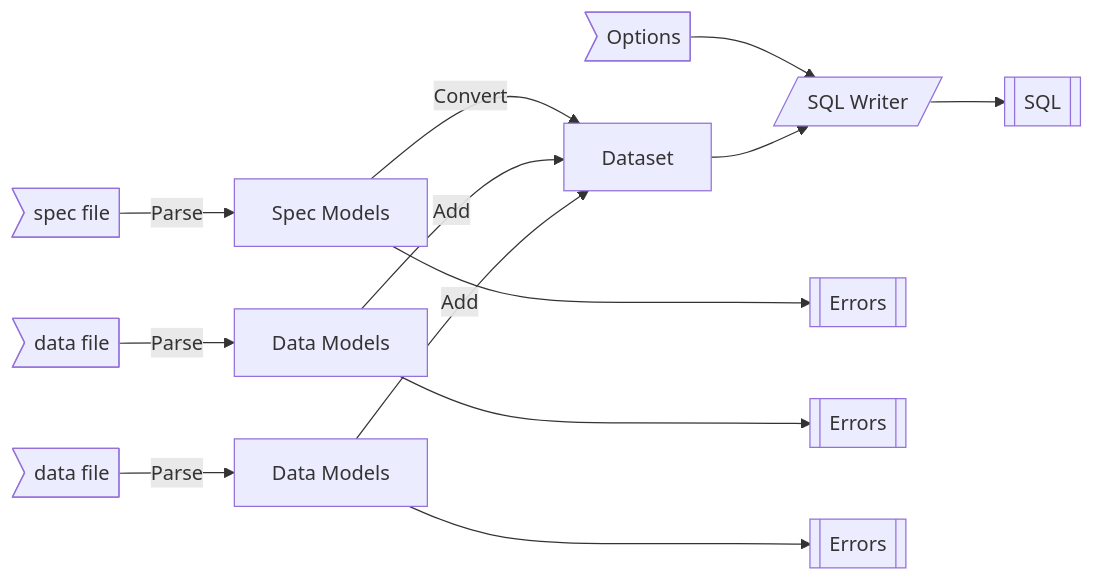
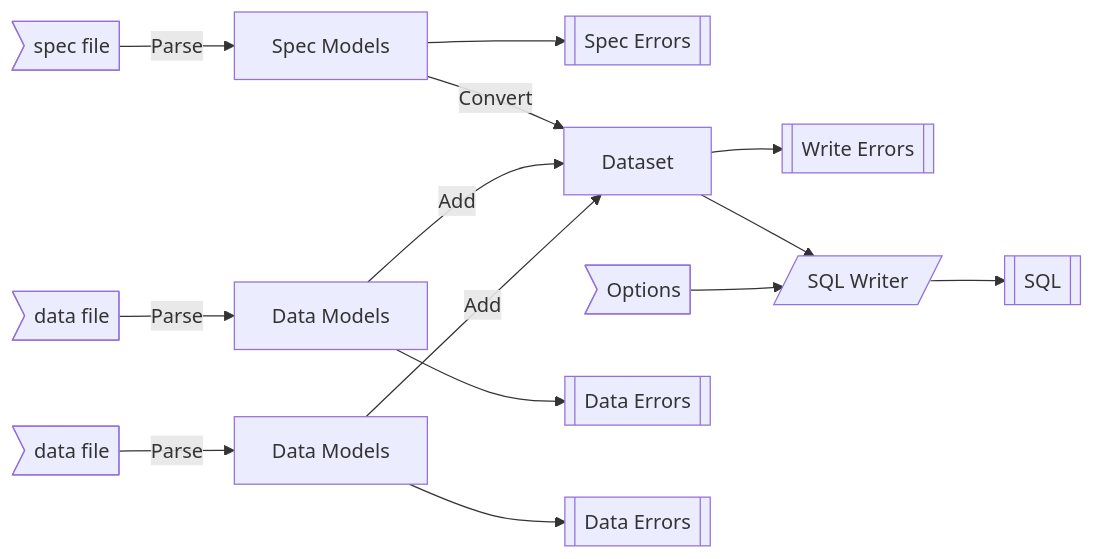
Before and after one commit to IFYates/Aqorn: the diagram in README.md, drawn with Mermaid. The commit also changed other lines of this file and 50 other files, not shown here.

````diff
--- a/README.md
+++ b/README.md
@@ -4,15 +34,16 @@
-:::mermaid
+```mermaid
 flowchart LR
+    F1>spec file] -->|Parse| M1
+    M1 --> E1[[Spec Errors]]
+    D --> E4[[Write Errors]]
+    D[Dataset] --> P
+    M1[Spec Models] -->|Convert| D
+    P[/SQL Writer/] --> S[[SQL]]
     O>Options] --> P
-    P[/SQL Writer/] --> S[[SQL]]
-    M1[Spec Models] -->|Convert| D
-    M1 ---> E1[[Errors]]
-    M2 ---> E2[[Errors]]
-    D[Dataset] --> P
+    M2 --> E2[[Data Errors]]
+    M3 --> E3[[Data Errors]]
     M2[Data Models] -->|Add| D
     M3[Data Models] -->|Add| D
-    F1>spec file] -->|Parse| M1
     F2>data file] -->|Parse| M2
     F3>data file] -->|Parse| M3
-    M3 ---> E3[[Errors]]
-:::
+```
````
